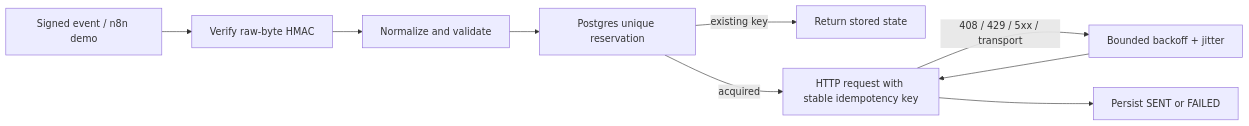
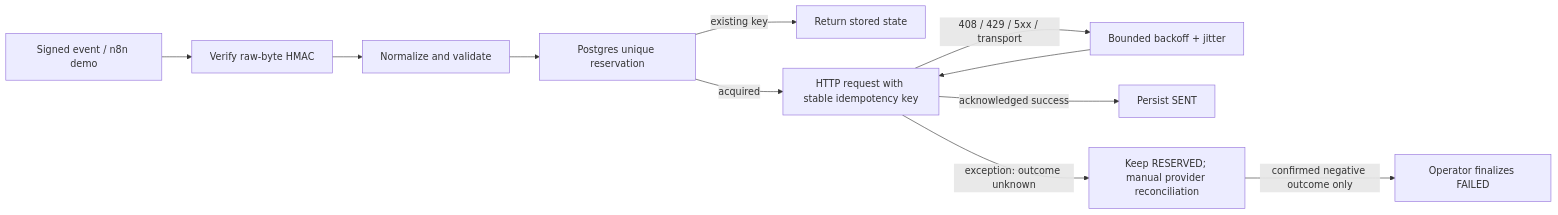
The diagram in README.md (naraya07pedro-spec/production-integration-reference), drawn with Mermaid before and after one commit. The commit also changed other lines of this file, not shown here.

Commit message:
docs(integration): explain remote outcome reconciliation and limits

````diff
--- a/README.md
+++ b/README.md
@@ -79,11 +79,13 @@
 ```mermaid
 flowchart LR
   A[Signed event / n8n demo] --> B[Verify raw-byte HMAC]
   B --> C[Normalize and validate]
   C --> D[Postgres unique reservation]
   D -->|existing key| E[Return stored state]
   D -->|acquired| F[HTTP request with stable idempotency key]
   F -->|408 / 429 / 5xx / transport| G[Bounded backoff + jitter]
   G --> F
-  F --> H[Persist SENT or FAILED]
+  F -->|acknowledged success| H[Persist SENT]
+  F -->|exception: outcome unknown| I[Keep RESERVED; manual provider reconciliation]
+  I -->|confirmed negative outcome only| J[Operator finalizes FAILED]
 ```
````
